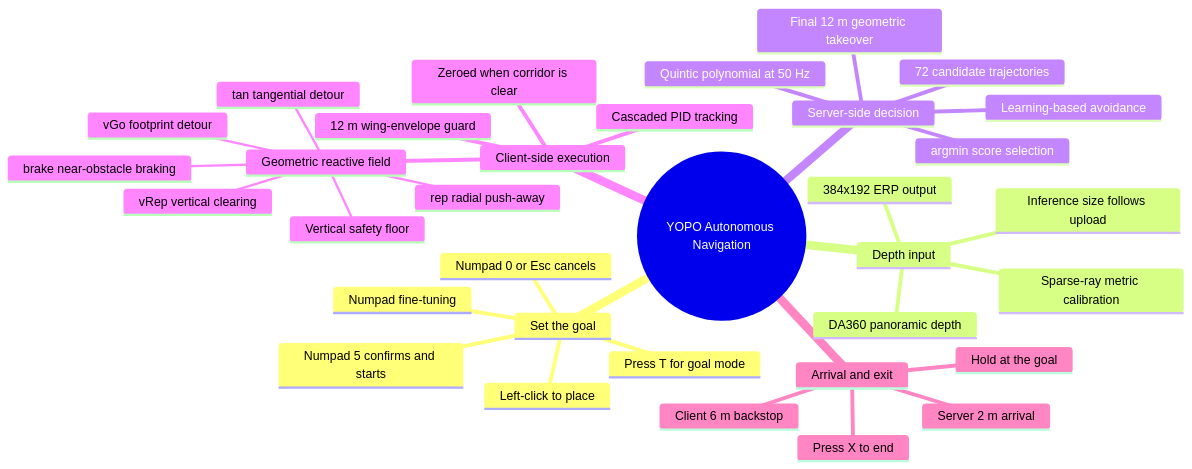
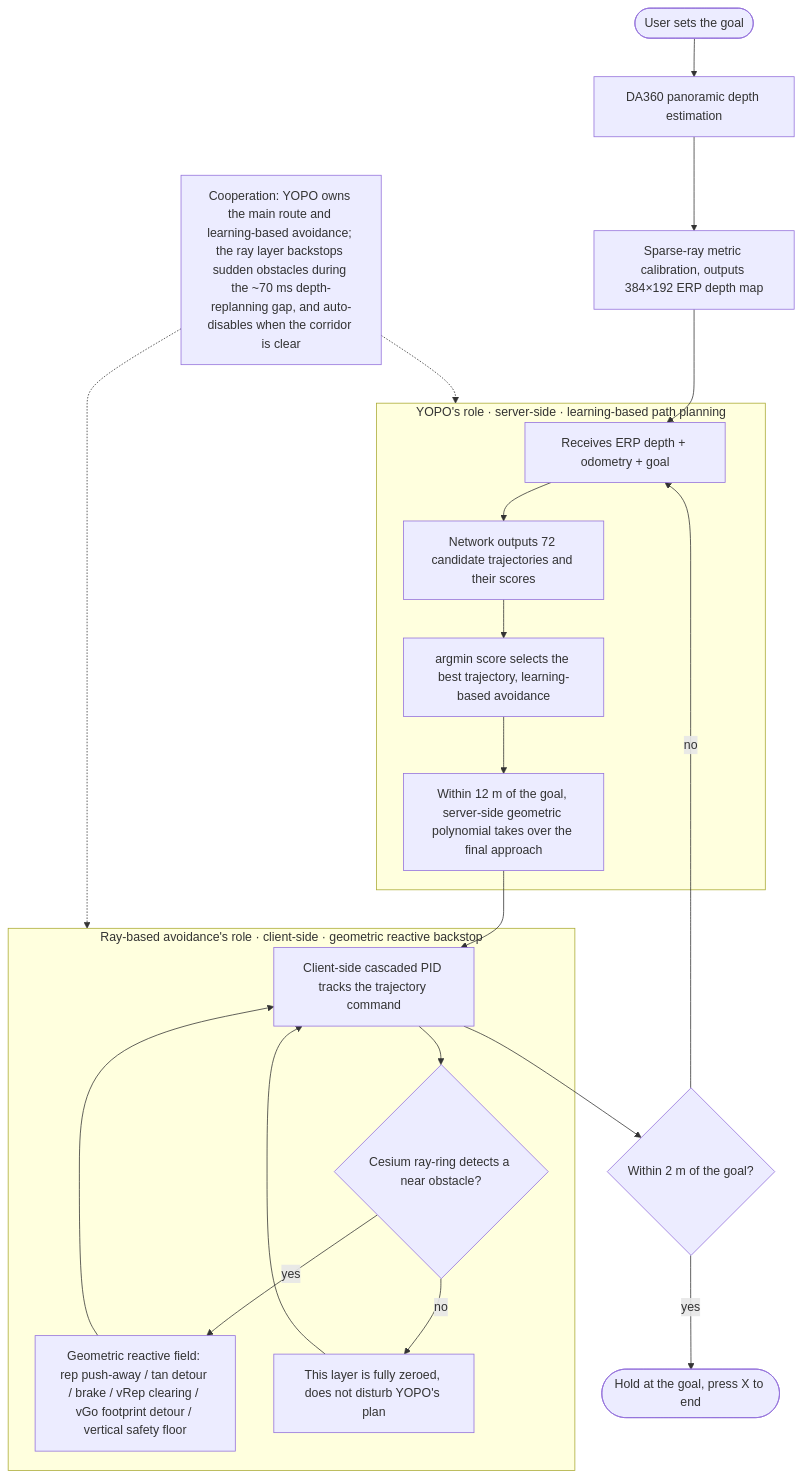
Before and after one commit to wuuwuu26/MindCloud_World_Fly_Private: the diagram in README_EN.md, drawn with Mermaid. The commit also changed other lines of this file and 1 other file, not shown here.

Commit message:
docs: 将导航图解移到「开始」节上方，改为流程图并侧重 YOPO 与射线避障的分工协同（中英文）

````diff
--- a/README_EN.md
+++ b/README_EN.md
@@ -669,37 +90,31 @@
 ```mermaid
-mindmap
-  root((YOPO Autonomous Navigation))
-    Set the goal
-      Press T for goal mode
-      Left-click to place
-      Numpad fine-tuning
-      Numpad 5 confirms and starts
-      Numpad 0 or Esc cancels
-    Depth input
-      DA360 panoramic depth
-      Inference size follows upload
-      Sparse-ray metric calibration
-      384x192 ERP output
-    Server-side decision
-      72 candidate trajectories
-      argmin score selection
-      Learning-based avoidance
-      Final 12 m geometric takeover
-      Quintic polynomial at 50 Hz
-    Client-side execution
-      Cascaded PID tracking
-      Geometric reactive field
-        rep radial push-away
-        tan tangential detour
-        brake near-obstacle braking
-        vRep vertical clearing
-        vGo footprint detour
-        Vertical safety floor
-      Zeroed when corridor is clear
-      12 m wing-envelope guard
-    Arrival and exit
-      Server 2 m arrival
-      Client 6 m backstop
-      Hold at the goal
-      Press X to end
+flowchart TD
+    Start([User sets the goal]) --> Depth[DA360 panoramic depth estimation]
+    Depth --> Calib[Sparse-ray metric calibration, outputs 384×192 ERP depth map]
+    Calib --> YIN
+
+    subgraph YOPO["YOPO's role · server-side · learning-based path planning"]
+        YIN[Receives ERP depth + odometry + goal]
+        YIN --> Cands[Network outputs 72 candidate trajectories and their scores]
+        Cands --> Argmin[argmin score selects the best trajectory, learning-based avoidance]
+        Argmin --> Final[Within 12 m of the goal, server-side geometric polynomial takes over the final approach]
+    end
+
+    Final --> Exec[Client-side cascaded PID tracks the trajectory command]
+
+    subgraph RAY["Ray-based avoidance's role · client-side · geometric reactive backstop"]
+        Exec --> Probe{"Cesium ray-ring detects a near obstacle?"}
+        Probe -->|yes| Field[Geometric reactive field: rep push-away / tan detour / brake / vRep clearing / vGo footprint detour / vertical safety floor]
+        Probe -->|no| Zero[This layer is fully zeroed, does not disturb YOPO's plan]
+        Field --> Exec
+        Zero --> Exec
+    end
+
+    Exec --> Arrive{"Within 2 m of the goal?"}
+    Arrive -->|no| YIN
+    Arrive -->|yes| End([Hold at the goal, press X to end])
+
+    Note["Cooperation: YOPO owns the main route and learning-based avoidance; the ray layer backstops sudden obstacles during the ~70 ms depth-replanning gap, and auto-disables when the corridor is clear"]
+    Note -.-> YOPO
+    Note -.-> RAY
 ```
````
